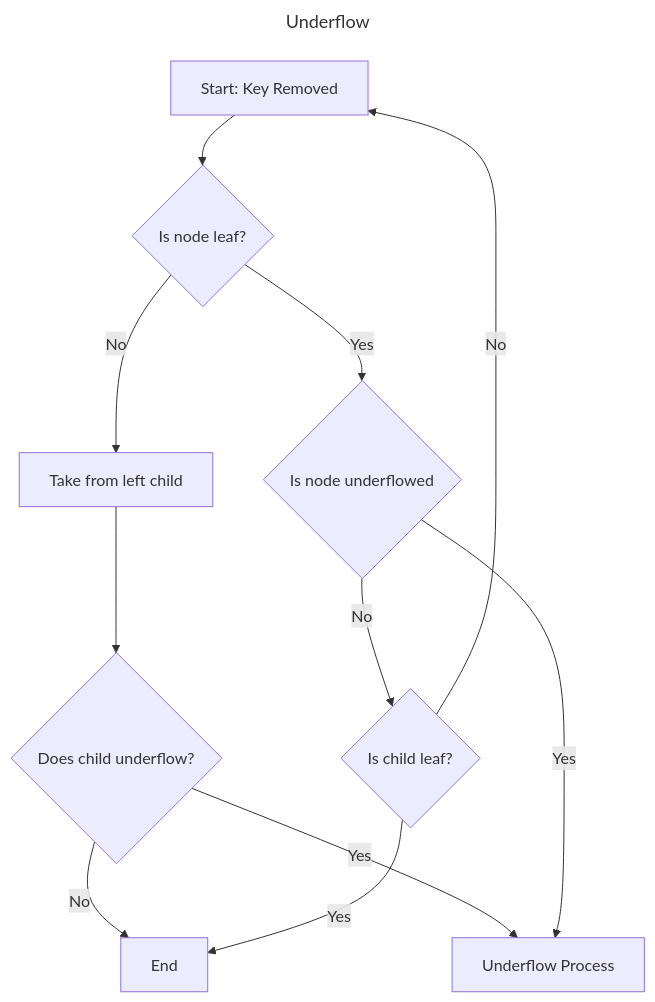
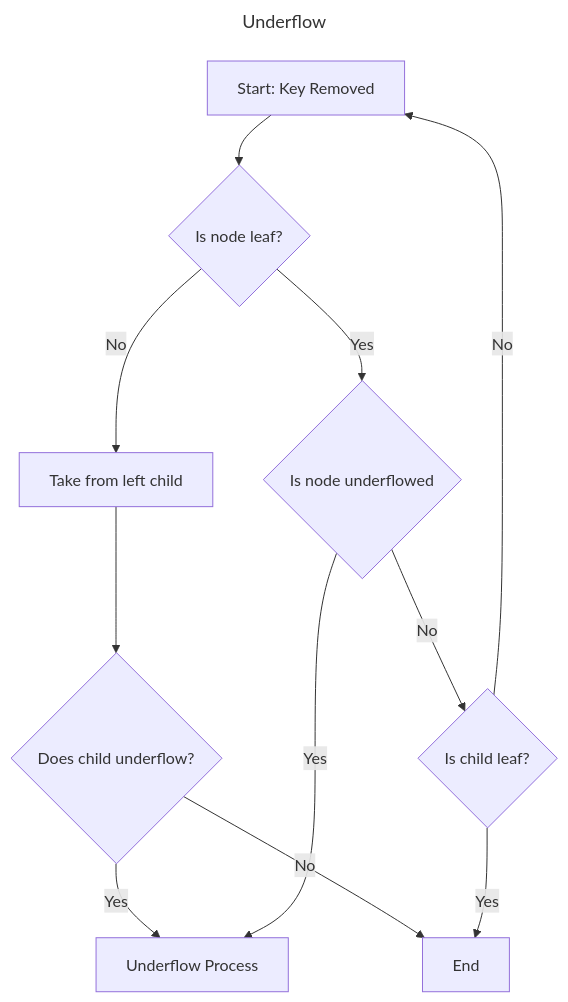
The diagram in BTreeOperations/KeyWithChildrenRemoved.mmd (SamBobBarnes/b-tree), drawn with Mermaid before and after one commit. The commit also changed 1 other file, not shown here.

Commit message:
updated diagrams

```diff
--- a/BTreeOperations/KeyWithChildrenRemoved.mmd
+++ b/BTreeOperations/KeyWithChildrenRemoved.mmd
@@ -1,16 +1,17 @@
 ---
 title: Underflow
 ---
 flowchart
 Start[Start: Key Removed] --> A{Is node leaf?}
 A -- Yes --> B{Is node underflowed}
 A -- No --> C[Take from left child] --> D{Does child underflow?}
 D -- Yes --> Underflow
 D -- No --> End
+B -- Yes --> Underflow
 B -- No --> E{Is child leaf?}
 E -- Yes --> End
 E -- No --> Start
-B -- Yes --> Underflow
+
 
 End[End]
 Underflow[Underflow Process]
```
